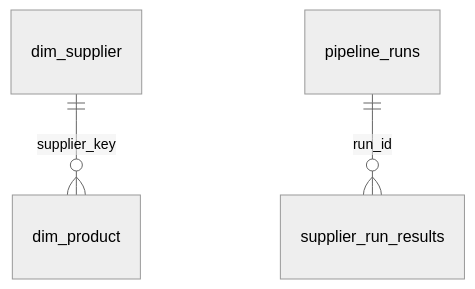
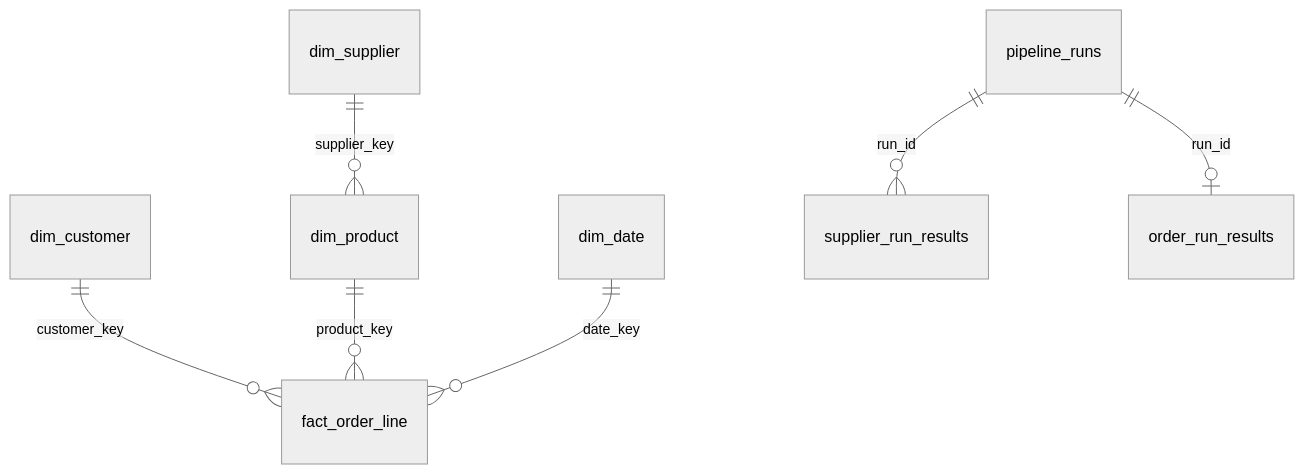
One commit to yaya-soumah/agpp-data-platform changed the second of 2 diagrams in README.md. Above: the diagram before and after it, drawn with Mermaid (neutral theme). The commit also changed other lines of this file and 1 other file, not shown here.

Commit message:
test: add customer orders end-to-end tests and documentation (#36)

````diff
--- a/README.md
+++ b/README.md
@@ -52,5 +52,9 @@
 ```mermaid
 erDiagram
     dim_supplier ||--o{ dim_product : supplier_key
+    dim_customer ||--o{ fact_order_line : customer_key
+    dim_product ||--o{ fact_order_line : product_key
+    dim_date ||--o{ fact_order_line : date_key
     pipeline_runs ||--o{ supplier_run_results : run_id
+    pipeline_runs ||--o| order_run_results : run_id
 ```
````
